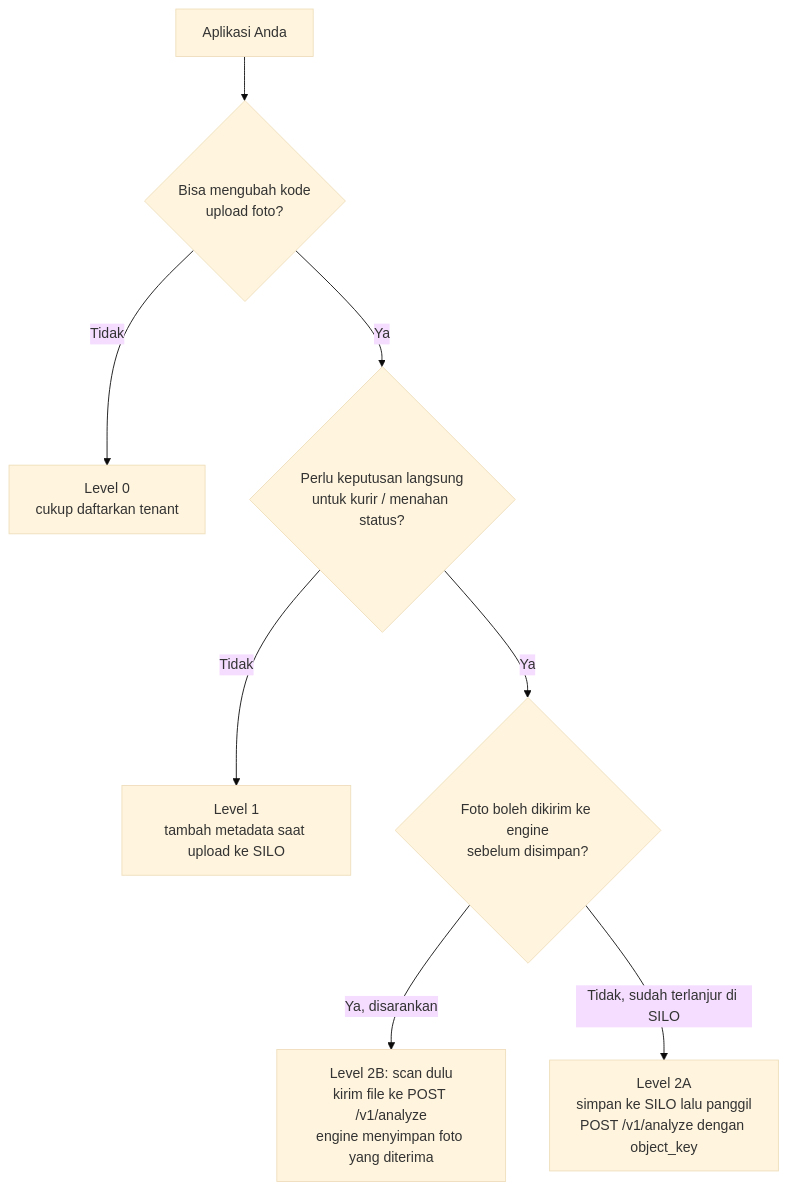
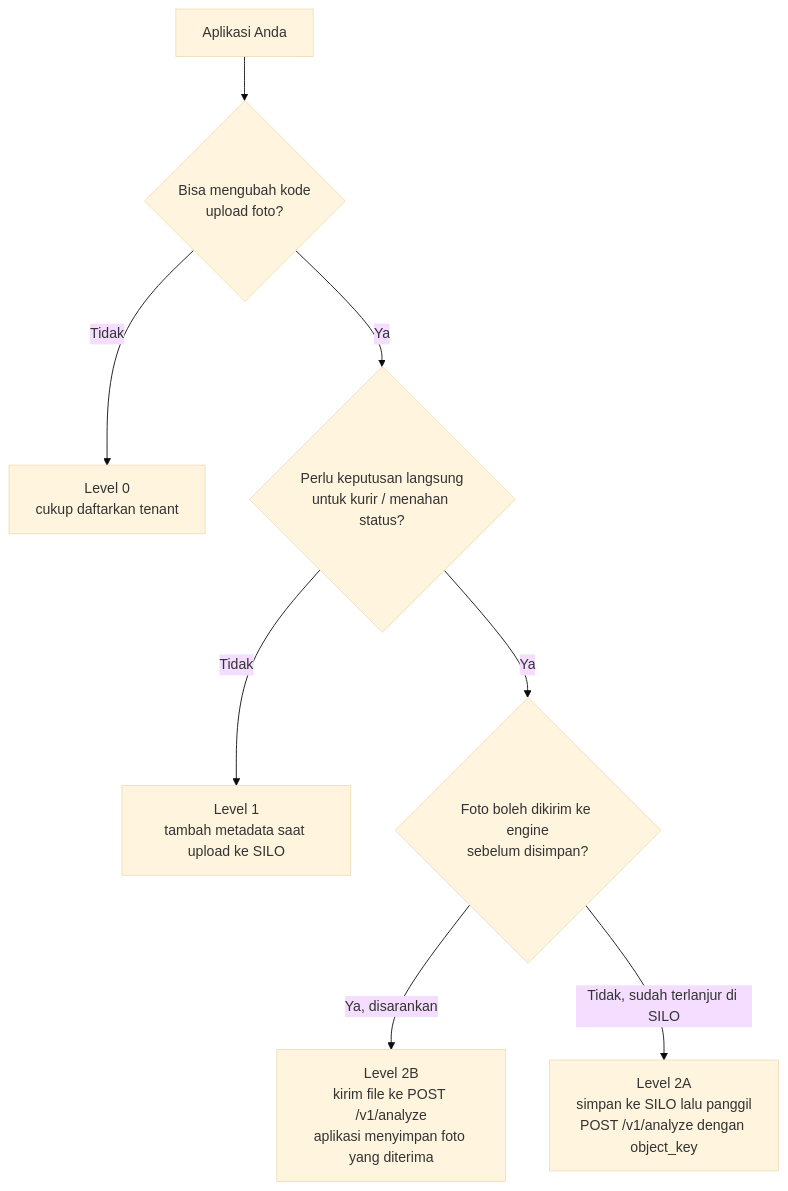
The second of 2 diagrams in docs/integration-guide.md (anas-fikri/ocr-engine), drawn with Mermaid (base theme) before and after one commit. The commit also changed other lines of this file and 35 other files, not shown here.

````diff
--- a/docs/integration-guide.md
+++ b/docs/integration-guide.md
@@ -169,10 +185,10 @@
 ```mermaid
 flowchart TD
     A[Aplikasi Anda] --> C{Bisa mengubah kode<br/>upload foto?}
     C -- Tidak --> L0[Level 0<br/>cukup daftarkan tenant]
     C -- Ya --> D{Perlu keputusan langsung<br/>untuk kurir / menahan status?}
     D -- Tidak --> L1[Level 1<br/>tambah metadata saat upload ke SILO]
     D -- Ya --> E{Foto boleh dikirim ke engine<br/>sebelum disimpan?}
-    E -- Ya, disarankan --> L2B[Level 2B: scan dulu<br/>kirim file ke POST /v1/analyze<br/>engine menyimpan foto yang diterima]
+    E -- Ya, disarankan --> L2B[Level 2B<br/>kirim file ke POST /v1/analyze<br/>aplikasi menyimpan foto yang diterima]
     E -- Tidak, sudah terlanjur di SILO --> L2A[Level 2A<br/>simpan ke SILO lalu panggil<br/>POST /v1/analyze dengan object_key]
 ```
````
